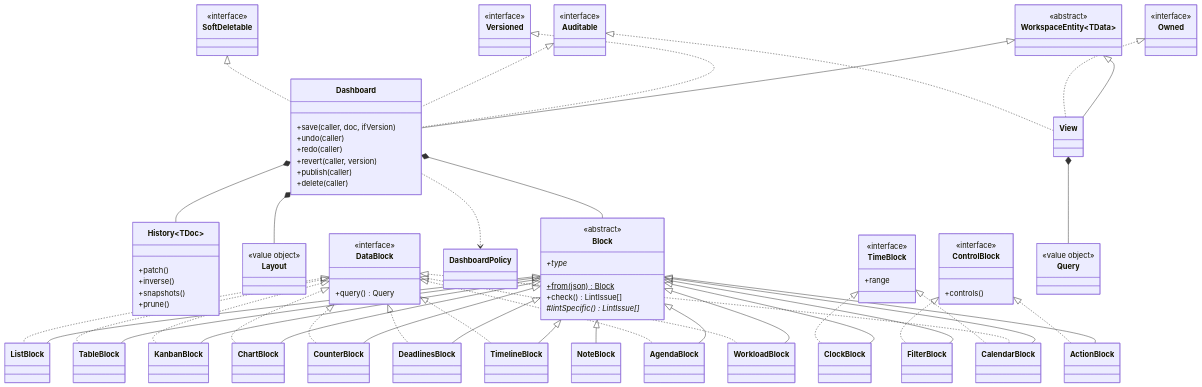
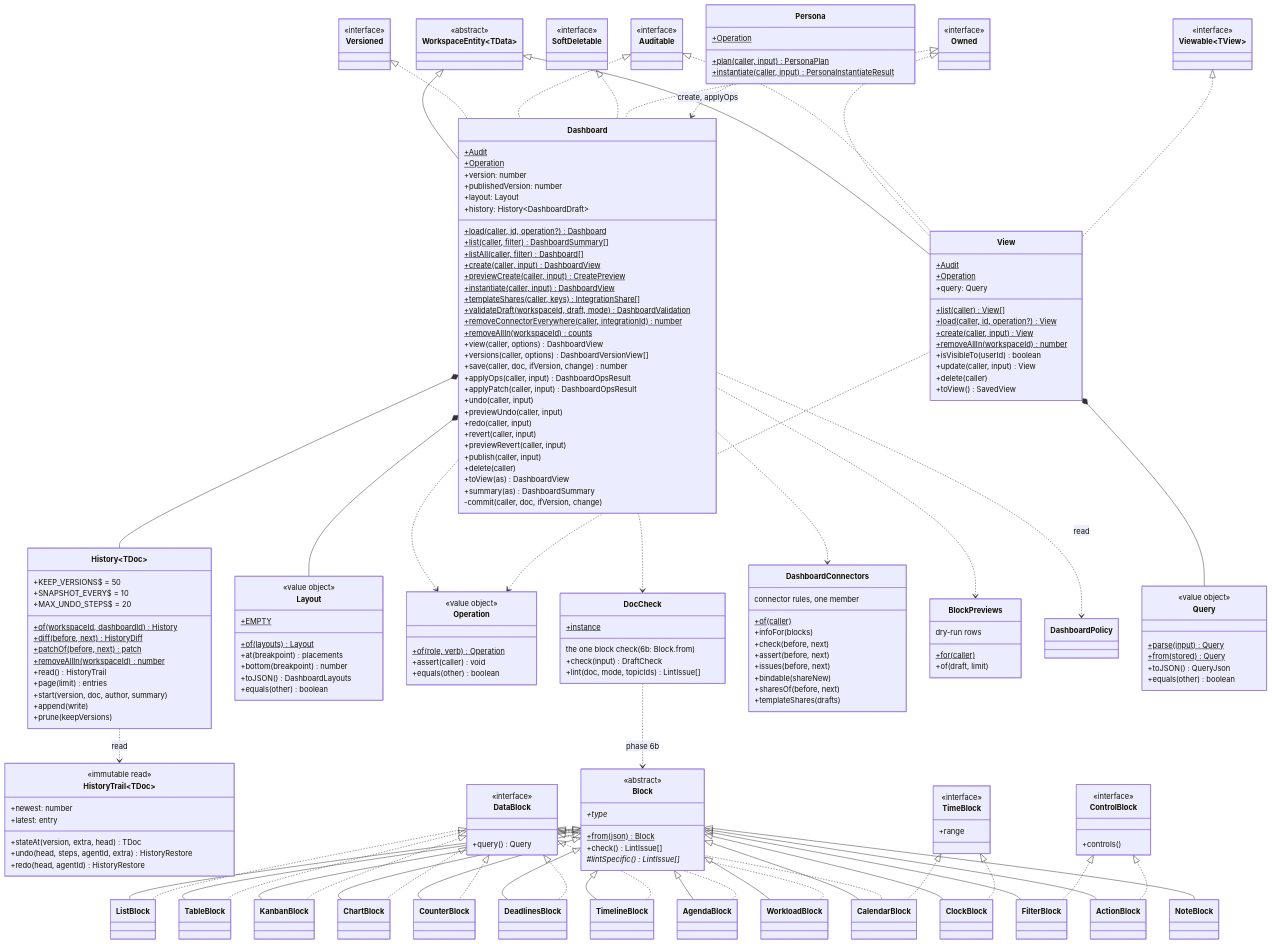
Before and after one commit to shalev396/ToDoList: the sixth of 7 diagrams in docs/design/CLASSES.md, drawn with Mermaid. The commit also changed other lines of this file and 1 other file, not shown here.

First line of the commit message:
docs: CLASSES.md marks phase 6a built; DATA.md says what deleting a workspace removes

````diff
--- a/docs/design/CLASSES.md
+++ b/docs/design/CLASSES.md
@@ -1566,12 +1590,37 @@
     <<abstract>>
   }
   class Dashboard {
-    +save(caller, doc, ifVersion)
-    +undo(caller)
-    +redo(caller)
-    +revert(caller, version)
-    +publish(caller)
+    +Audit$
+    +Operation$
+    +version: number
+    +publishedVersion: number
+    +layout: Layout
+    +history: History~DashboardDraft~
+    +load(caller, id, operation?)$ Dashboard
+    +list(caller, filter)$ DashboardSummary[]
+    +listAll(caller, filter)$ Dashboard[]
+    +create(caller, input)$ DashboardView
+    +previewCreate(caller, input)$ CreatePreview
+    +instantiate(caller, input)$ DashboardView
+    +templateShares(caller, keys)$ IntegrationShare[]
+    +validateDraft(workspaceId, draft, mode)$ DashboardValidation
+    +removeConnectorEverywhere(caller, integrationId)$ number
+    +removeAllIn(workspaceId)$ counts
+    +view(caller, options) DashboardView
+    +versions(caller, options) DashboardVersionView[]
+    +save(caller, doc, ifVersion, change) number
+    +applyOps(caller, input) DashboardOpsResult
+    +applyPatch(caller, input) DashboardOpsResult
+    +undo(caller, input)
+    +previewUndo(caller, input)
+    +redo(caller, input)
+    +revert(caller, input)
+    +previewRevert(caller, input)
+    +publish(caller, input)
     +delete(caller)
+    +toView(as) DashboardView
+    +summary(as) DashboardSummary
+    -commit(caller, doc, ifVersion, change)
   }
   WorkspaceEntity <|-- Dashboard
   class Versioned {
@@ -1586,23 +1635,87 @@
   class Owned {
     <<interface>>
   }
+  class Viewable~TView~ {
+    <<interface>>
+  }
   Versioned <|.. Dashboard
   Auditable <|.. Dashboard
   SoftDeletable <|.. Dashboard
+  Owned <|.. Dashboard
   class History~TDoc~ {
-    +patch()
-    +inverse()
-    +snapshots()
-    +prune()
+    +KEEP_VERSIONS$ = 50
+    +SNAPSHOT_EVERY$ = 10
+    +MAX_UNDO_STEPS$ = 20
+    +of(workspaceId, dashboardId)$ History
+    +diff(before, next)$ HistoryDiff
+    +patchOf(before, next)$ patch
+    +removeAllIn(workspaceId)$ number
+    +read() HistoryTrail
+    +page(limit) entries
+    +start(version, doc, author, summary)
+    +append(write)
+    +prune(keepVersions)
   }
+  class HistoryTrail~TDoc~ {
+    <<immutable read>>
+    +newest: number
+    +latest: entry
+    +stateAt(version, extra, head) TDoc
+    +undo(head, steps, agentId, extra) HistoryRestore
+    +redo(head, agentId) HistoryRestore
+  }
+  History ..> HistoryTrail : read
   class Layout {
     <<value object>>
+    +EMPTY$
+    +of(layouts)$ Layout
+    +at(breakpoint) placements
+    +bottom(breakpoint) number
+    +toJSON() DashboardLayouts
+    +equals(other) boolean
+  }
+  class Operation {
+    <<value object>>
+    +of(role, verb)$ Operation
+    +assert(caller) void
+    +equals(other) boolean
+  }
+  class DocCheck {
+    the one block check (6b: Block.from)
+    +instance$
+    +check(input) DraftCheck
+    +lint(doc, mode, topicIds) LintIssue[]
+  }
+  class DashboardConnectors {
+    connector rules, one member
+    +of(caller)$
+    +infoFor(blocks)
+    +check(before, next)
+    +assert(before, next)
+    +issues(before, next)
+    +bindable(shareNew)
+    +sharesOf(before, next)
+    +templateShares(drafts)
+  }
+  class BlockPreviews {
+    dry-run rows
+    +for(caller)$
+    +of(draft, limit)
+  }
+  class Persona {
+    +Operation$
+    +plan(caller, input)$ PersonaPlan
+    +instantiate(caller, input)$ PersonaInstantiateResult
   }
   Dashboard *-- History
   Dashboard *-- Layout
-  Dashboard *-- Block
+  Dashboard ..> Operation
+  Dashboard ..> DocCheck
+  Dashboard ..> DashboardConnectors
+  Dashboard ..> BlockPreviews
+  Persona ..> Dashboard : create, applyOps
   class DashboardPolicy
-  Dashboard ..> DashboardPolicy
+  Dashboard ..> DashboardPolicy : read
 
   class Block {
     <<abstract>>
@@ -1637,6 +1750,7 @@
   class FilterBlock
   class ActionBlock
   class NoteBlock
+  DocCheck ..> Block : phase 6b
   Block <|-- ListBlock
   Block <|-- TableBlock
   Block <|-- KanbanBlock
@@ -1666,12 +1780,30 @@
   ControlBlock <|.. FilterBlock
   ControlBlock <|.. ActionBlock
 
-  class View
+  class View {
+    +Audit$
+    +Operation$
+    +query: Query
+    +list(caller)$ View[]
+    +load(caller, id, operation?)$ View
+    +create(caller, input)$ View
+    +removeAllIn(workspaceId)$ number
+    +isVisibleTo(userId) boolean
+    +update(caller, input) View
+    +delete(caller)
+    +toView() SavedView
+  }
   WorkspaceEntity <|-- View
   Owned <|.. View
   Auditable <|.. View
+  Viewable <|.. View
+  View ..> Operation
   class Query {
     <<value object>>
+    +parse(input)$ Query
+    +from(stored)$ Query
+    +toJSON() QueryJson
+    +equals(other) boolean
   }
   View *-- Query
 
@@ -1682,10 +1814,19 @@
   class Auditable:::built
   class SoftDeletable:::built
   class Owned:::built
+  class Viewable:::built
   class DashboardPolicy:::built
-  class Dashboard:::planned
-  class History:::planned
-  class Layout:::planned
+  class Dashboard:::built
+  class History:::built
+  class HistoryTrail:::built
+  class Layout:::built
+  class Operation:::built
+  class DocCheck:::built
+  class DashboardConnectors:::built
+  class BlockPreviews:::built
+  class Persona:::built
+  class View:::built
+  class Query:::built
   class Block:::planned
   class DataBlock:::planned
   class TimeBlock:::planned
@@ -1704,6 +1845,4 @@
   class FilterBlock:::planned
   class ActionBlock:::planned
   class NoteBlock:::planned
-  class View:::planned
-  class Query:::planned
 ```
````
